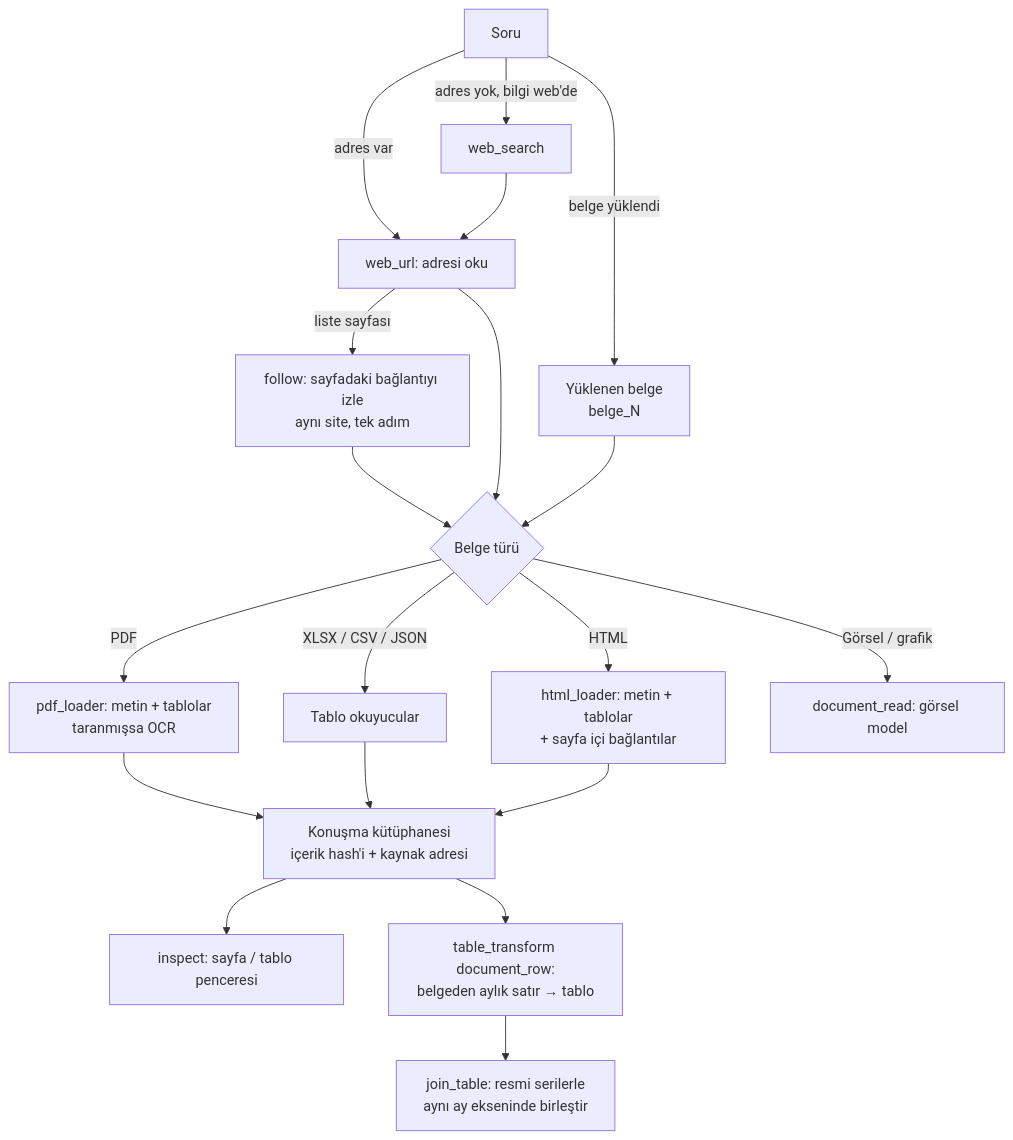
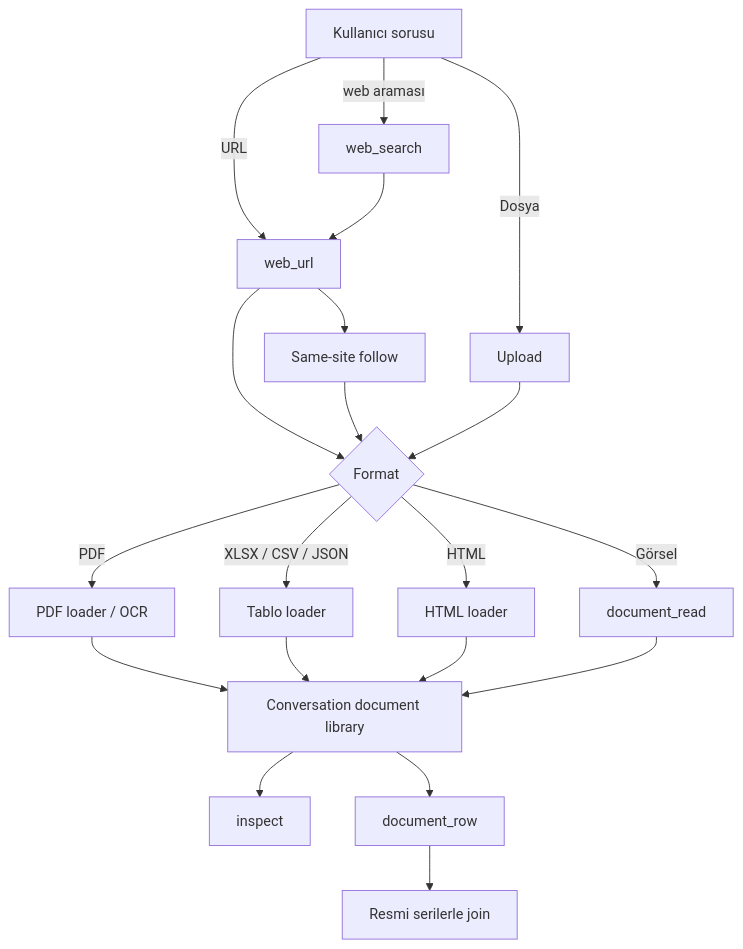
Before and after one commit to cagatayeroglu/KKB-DataTrio: the second of 3 diagrams in README.md, drawn with Mermaid. The commit also changed other lines of this file, not shown here.

````diff
--- a/README.md
+++ b/README.md
@@ -300,18 +559,29 @@
 ```mermaid
 flowchart TD
-    Q[Soru] -->|adres var| WU[web_url: adresi oku]
-    Q -->|belge yüklendi| UP[Yüklenen belge<br/>belge_N]
-    Q -->|adres yok, bilgi web'de| WS[web_search] --> WU
-    WU -->|liste sayfası| F[follow: sayfadaki bağlantıyı izle<br/>aynı site, tek adım]
-    F --> DOCX
-    WU --> DOCX{Belge türü}
-    UP --> DOCX
-    DOCX -->|PDF| PDF[pdf_loader: metin + tablolar<br/>taranmışsa OCR]
-    DOCX -->|XLSX / CSV / JSON| TAB[Tablo okuyucular]
-    DOCX -->|HTML| HTML[html_loader: metin + tablolar<br/>+ sayfa içi bağlantılar]
-    DOCX -->|Görsel / grafik| VIS[document_read: görsel model]
-    PDF & TAB & HTML --> LIB[Konuşma kütüphanesi<br/>içerik hash'i + kaynak adresi]
-    LIB --> INS[inspect: sayfa / tablo penceresi]
-    LIB --> ROW[table_transform document_row:<br/>belgeden aylık satır → tablo]
-    ROW --> J[join_table: resmi serilerle<br/>aynı ay ekseninde birleştir]
+    Q[Kullanıcı sorusu]
+
+    Q -->|URL| W[web_url]
+    Q -->|Dosya| U[Upload]
+    Q -->|web araması| S[web_search]
+
+    S --> W
+    W --> F[Same-site follow]
+
+    W --> D{Format}
+    F --> D
+    U --> D
+
+    D -->|PDF| PDF[PDF loader / OCR]
+    D -->|XLSX / CSV / JSON| TAB[Tablo loader]
+    D -->|HTML| HTML[HTML loader]
+    D -->|Görsel| VIS[document_read]
+
+    PDF --> LIB[Conversation document library]
+    TAB --> LIB
+    HTML --> LIB
+    VIS --> LIB
+
+    LIB --> INS[inspect]
+    LIB --> ROW[document_row]
+    ROW --> JOIN[Resmi serilerle join]
 ```
````
